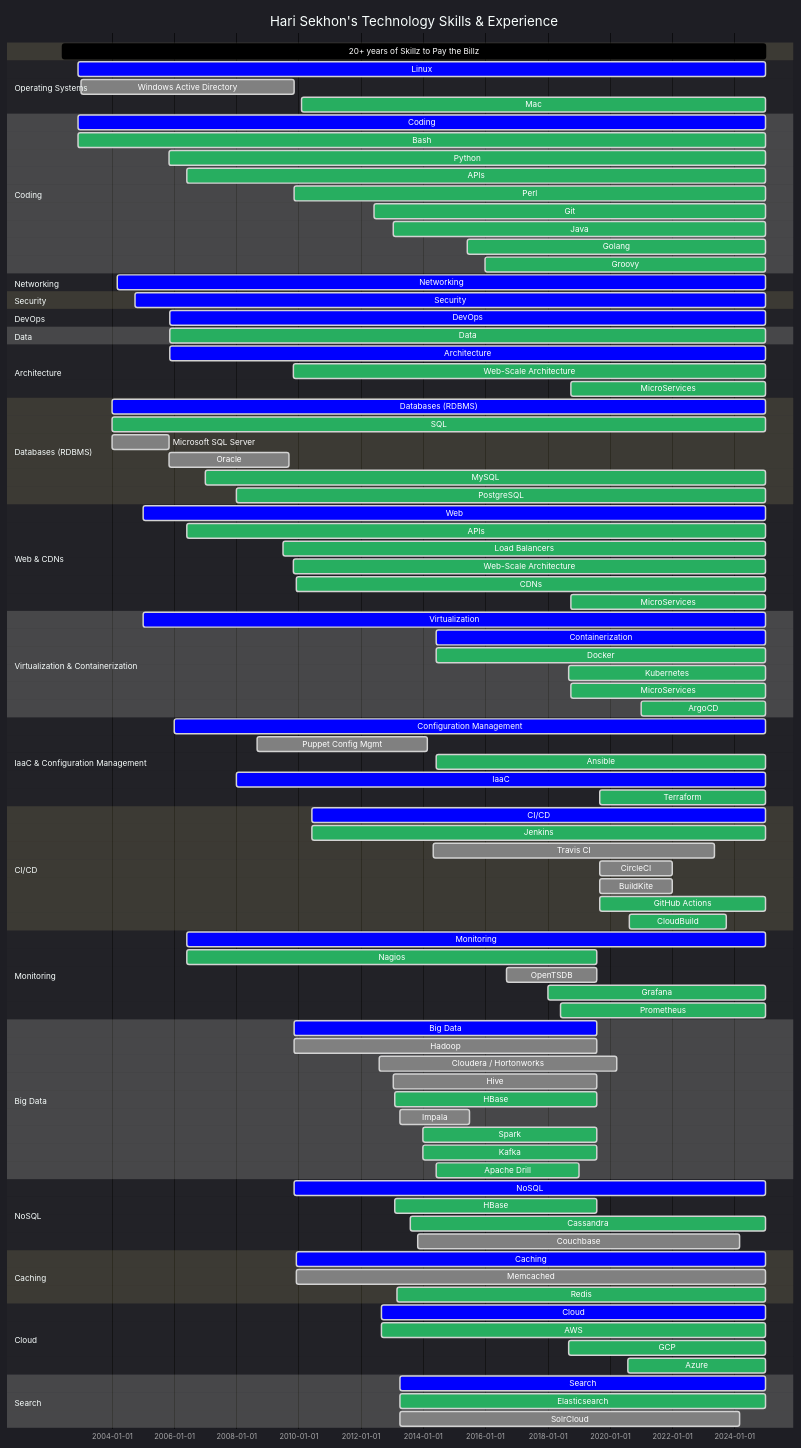
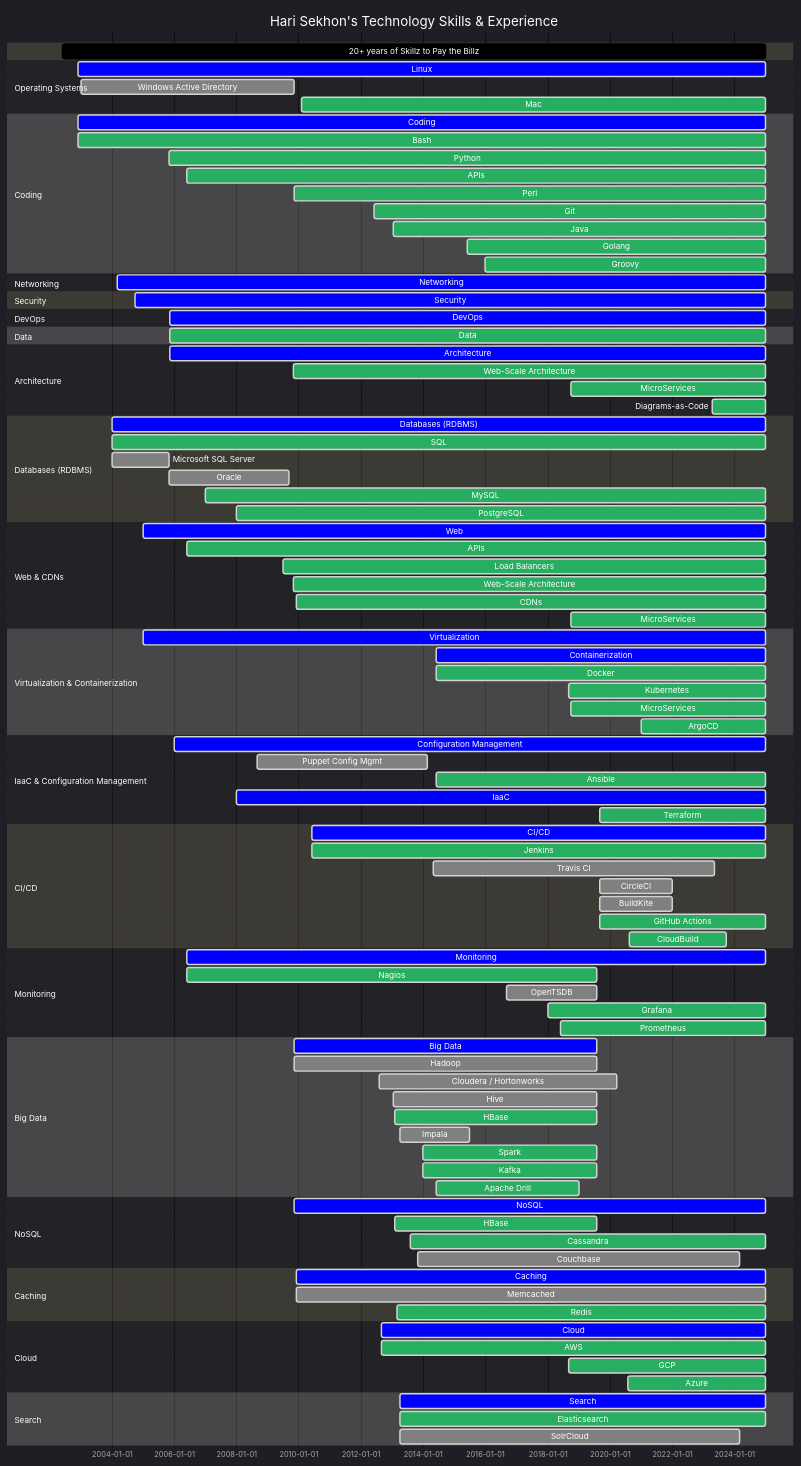
Before and after one commit to HariSekhon/HariSekhon: the diagram in README.md, drawn with Mermaid.

```diff
--- a/README.md
+++ b/README.md
@@ -375,6 +375,7 @@
     Architecture            : crit,   2005-11-11, 2024-12-31
     Web-Scale Architecture  : active, 2009-11-01, 2024-12-31
     MicroServices           : active, 2018-10-01, 2024-12-31
+    Diagrams-as-Code        : active, 2023-04-14, 2024-12-31
 
     section Databases (RDBMS)
     Databases (RDBMS)      : crit, 2004-01-01, 2024-12-31
```
